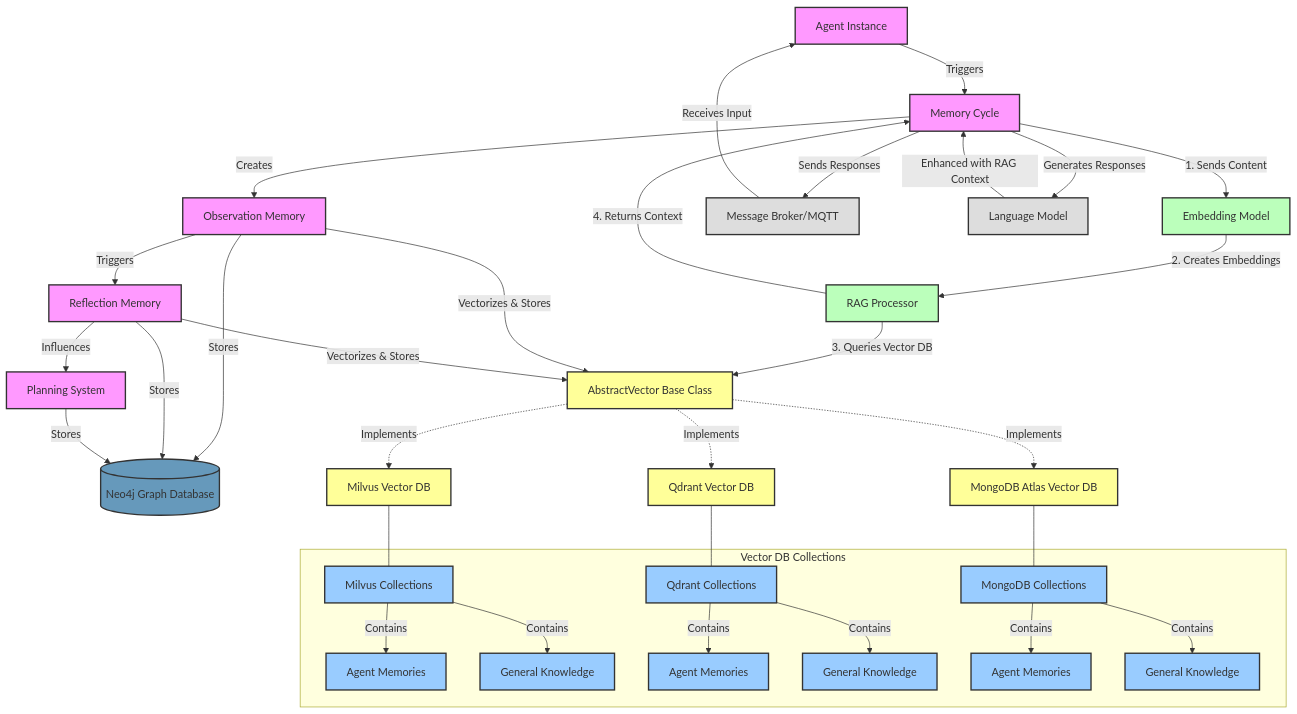
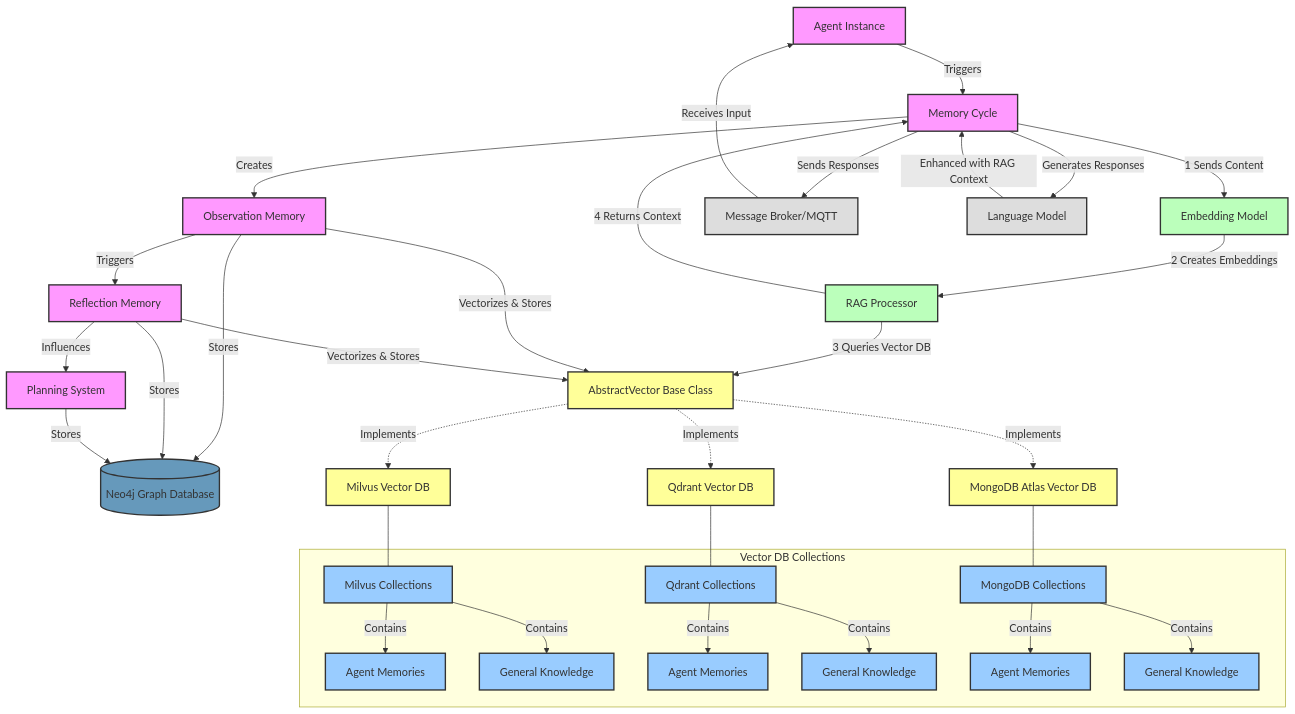
The first of 4 diagrams in docs/technical-details/memory_cycle.md (XMPro/Multi-Agent), drawn with Mermaid before and after one commit.

````diff
--- a/docs/technical-details/memory_cycle.md
+++ b/docs/technical-details/memory_cycle.md
@@ -9,71 +9,71 @@
 ```mermaid
 graph TB
     Agent[Agent Instance]
     MC[Memory Cycle]
     ObsM[Observation Memory]
     RefM[Reflection Memory]
     Plan[Planning System]
     
     EmbeddingModel[Embedding Model]
     RAGProcessor[RAG Processor]
     
     VectorDBAbstract[AbstractVector Base Class]
     
     MQTT[Message Broker/MQTT]
     Neo4j[(Neo4j Graph Database)]
     LLM[Language Model]
     
     MQTT -->|Receives Input| Agent
     Agent -->|Triggers| MC
     
     MC -->|Creates| ObsM
     ObsM -->|Triggers| RefM
     RefM -->|Influences| Plan
     
-    MC -->|1. Sends Content| EmbeddingModel
-    EmbeddingModel -->|2. Creates Embeddings| RAGProcessor
-    RAGProcessor -->|3. Queries Vector DB| VectorDBAbstract
-    RAGProcessor -->|4. Returns Context| MC
+    MC -->|1 Sends Content| EmbeddingModel
+    EmbeddingModel -->|2 Creates Embeddings| RAGProcessor
+    RAGProcessor -->|3 Queries Vector DB| VectorDBAbstract
+    RAGProcessor -->|4 Returns Context| MC
     
     ObsM -->|Stores| Neo4j
     ObsM -->|Vectorizes & Stores| VectorDBAbstract
     RefM -->|Stores| Neo4j
     RefM -->|Vectorizes & Stores| VectorDBAbstract
     Plan -->|Stores| Neo4j
     
     MC -->|Generates Responses| LLM
     LLM -->|Enhanced with RAG Context| MC
     
     MC -->|Sends Responses| MQTT
     
     VectorDBAbstract -.->|Implements| Milvus[Milvus Vector DB]
     VectorDBAbstract -.->|Implements| Qdrant[Qdrant Vector DB]
     VectorDBAbstract -.->|Implements| MongoDB[MongoDB Atlas Vector DB]
     
     Milvus --- MilvusCollections[Milvus Collections]
     Qdrant --- QdrantCollections[Qdrant Collections]
     MongoDB --- MongoCollections[MongoDB Collections]
     
     subgraph Vector DB Collections
         MilvusCollections -->|Contains| MilvusAgent[Agent Memories]
         MilvusCollections -->|Contains| MilvusGeneral[General Knowledge]
         QdrantCollections -->|Contains| QdrantAgent[Agent Memories]
         QdrantCollections -->|Contains| QdrantGeneral[General Knowledge]
         MongoCollections -->|Contains| MongoAgent[Agent Memories]
         MongoCollections -->|Contains| MongoGeneral[General Knowledge]
     end
     
     classDef mainComponent fill:#f9f,stroke:#333,stroke-width:2px
     classDef database fill:#69b,stroke:#333,stroke-width:2px
     classDef ragComponent fill:#bfb,stroke:#333,stroke-width:2px
     classDef external fill:#ddd,stroke:#333,stroke-width:2px
     classDef vectorDB fill:#ff9,stroke:#333,stroke-width:2px
     classDef collection fill:#9cf,stroke:#333,stroke-width:2px
     
     class Agent,MC,ObsM,RefM,Plan mainComponent
     class Neo4j database
     class EmbeddingModel,RAGProcessor ragComponent
     class MQTT,LLM external
     class VectorDBAbstract,Milvus,Qdrant,MongoDB vectorDB
     class MilvusCollections,QdrantCollections,MongoCollections,MilvusAgent,MilvusGeneral,QdrantAgent,QdrantGeneral,MongoAgent,MongoGeneral collection
 ```
````
